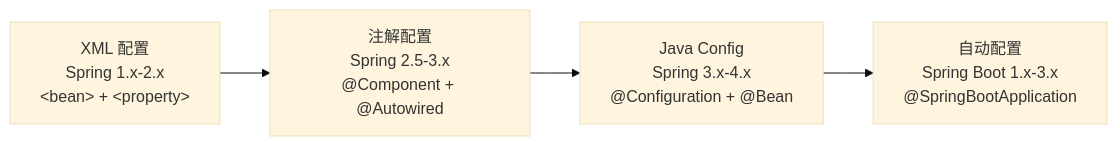
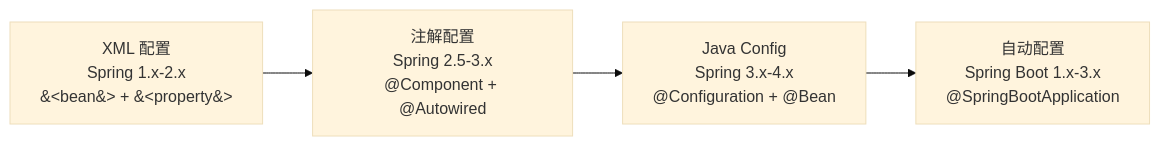
The diagram in docs/01-Java/03-核心框架/05-Spring/06-传统Spring内容的现代阅读路径.md (zhangzhengyang27/tech-codex), drawn with Mermaid (base theme) before and after one commit. The commit also changed 195 other files, not shown here.

````diff
--- a/docs/01-Java/03-核心框架/05-Spring/06-传统Spring内容的现代阅读路径.md
+++ b/docs/01-Java/03-核心框架/05-Spring/06-传统Spring内容的现代阅读路径.md
@@ -70,7 +70,7 @@
 ```mermaid
 flowchart LR
-    A["XML 配置<br/>Spring 1.x-2.x<br/>&lt;bean&gt; + &lt;property&gt;"] --> B["注解配置<br/>Spring 2.5-3.x<br/>@Component + @Autowired"]
+    A["XML 配置<br/>Spring 1.x-2.x<br/>&#60;bean&#62; + &#60;property&#62;"] --> B["注解配置<br/>Spring 2.5-3.x<br/>@Component + @Autowired"]
     B --> C["Java Config<br/>Spring 3.x-4.x<br/>@Configuration + @Bean"]
     C --> D["自动配置<br/>Spring Boot 1.x-3.x<br/>@SpringBootApplication"]
 
 ```
````
